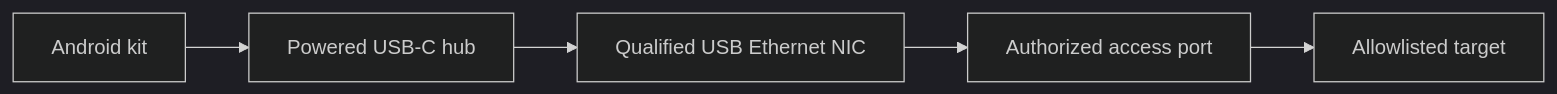
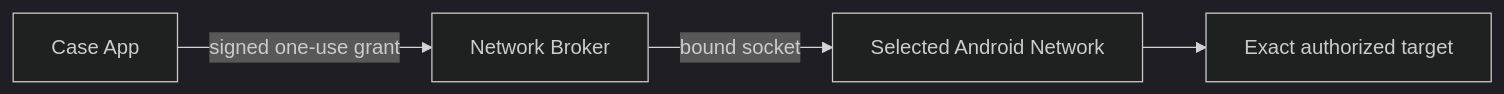
The second of 4 diagrams in docs/architecture/SYSTEM-AND-DEPLOYMENT.md (charifmahmoudi/mobile-ot-security-assessment), drawn with Mermaid (dark theme) before and after one commit. The commit also changed other lines of this file and 37 other files, not shown here.

````diff
--- a/docs/architecture/SYSTEM-AND-DEPLOYMENT.md
+++ b/docs/architecture/SYSTEM-AND-DEPLOYMENT.md
@@ -81,7 +50,6 @@
 ```mermaid
 flowchart LR
-  PHONE["Android kit"] --> HUB["Powered USB-C hub"]
-  HUB --> NIC["Qualified USB Ethernet NIC"]
-  NIC --> PORT["Authorized access port"]
-  PORT --> TARGET["Allowlisted target"]
+  APP["Case App"] -->|"signed one-use grant"| NB["Network Broker"]
+  NB -->|"bound socket"| NIC["Selected Android Network"]
+  NIC --> TARGET["Exact authorized target"]
 ```
````
